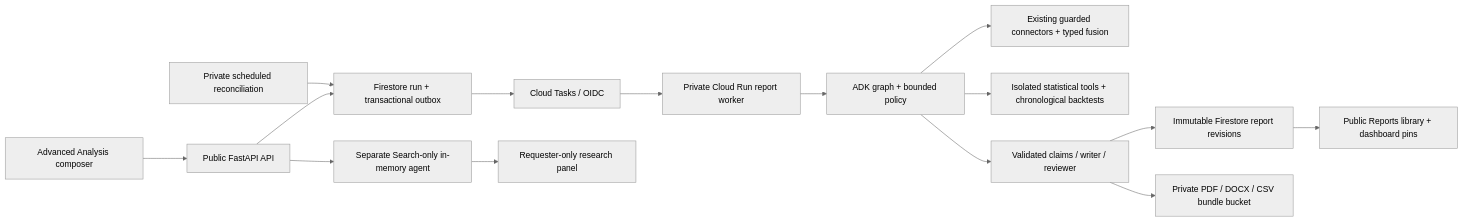
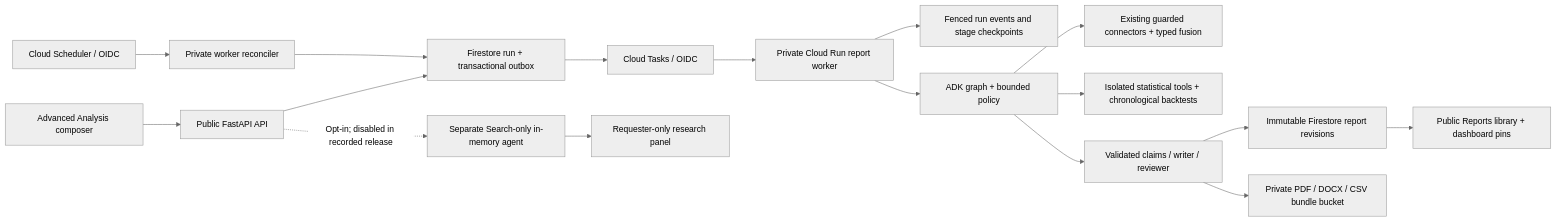
The second of 2 diagrams in docs/architecture.md (RusiruChathushanaka/querylane-agentic-bi), drawn with Mermaid (neutral theme) before and after one commit. The commit also changed other lines of this file and 18 other files, not shown here.

First line of the commit message:
Add Graphify folder

````diff
--- a/docs/architecture.md
+++ b/docs/architecture.md
@@ -96,17 +132,19 @@
 ```mermaid
 flowchart LR
     Composer[Advanced Analysis composer] --> API[Public FastAPI API]
     API --> Outbox[Firestore run + transactional outbox]
     Outbox --> Tasks[Cloud Tasks / OIDC]
     Tasks --> Worker[Private Cloud Run report worker]
-    Reconciler[Private scheduled reconciliation] --> Outbox
+    Scheduler[Cloud Scheduler / OIDC] --> Reconciler[Private worker reconciler]
+    Reconciler --> Outbox
+    Worker --> Checkpoints[Fenced run events and stage checkpoints]
     Worker --> Graph[ADK graph + bounded policy]
     Graph --> Sources[Existing guarded connectors + typed fusion]
     Graph --> Math[Isolated statistical tools + chronological backtests]
     Graph --> Claims[Validated claims / writer / reviewer]
     Claims --> Versions[Immutable Firestore report revisions]
     Claims --> Files[Private PDF / DOCX / CSV bundle bucket]
     Versions --> Reader[Public Reports library + dashboard pins]
-    API --> Research[Separate Search-only in-memory agent]
+    API -.->|Opt-in; disabled in recorded release| Research[Separate Search-only in-memory agent]
     Research --> Panel[Requester-only research panel]
 ```
````
